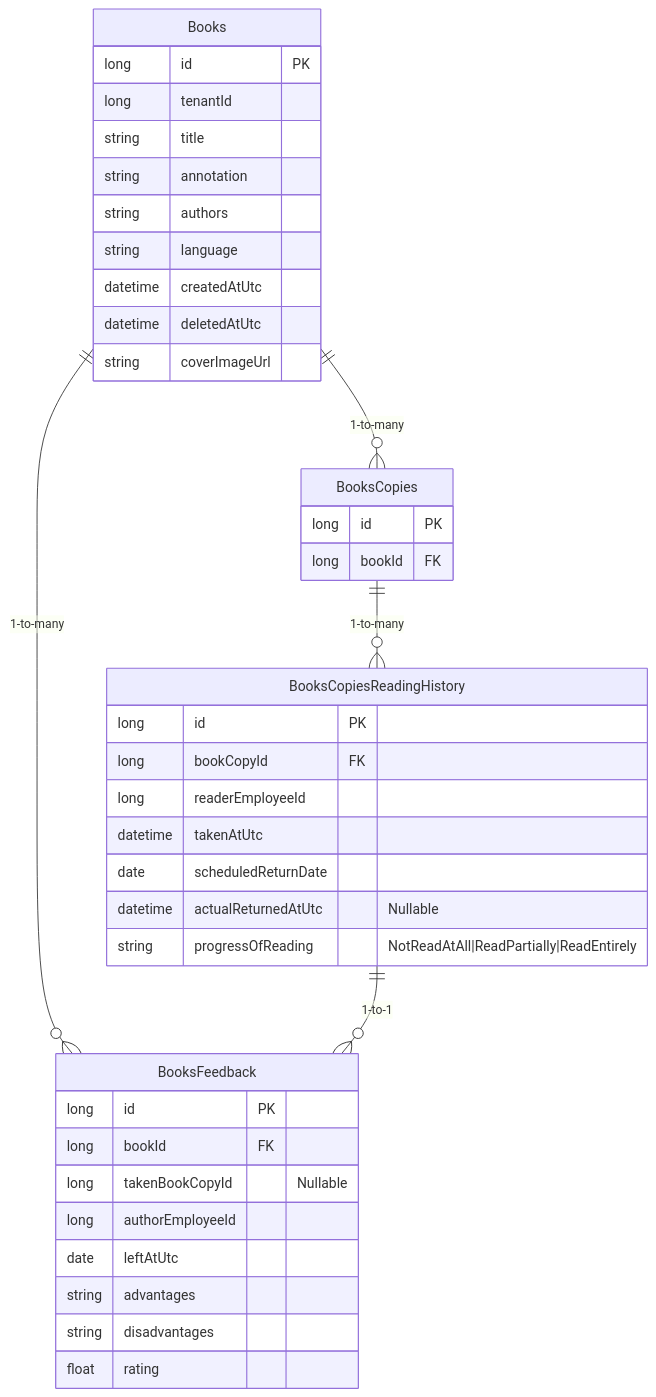
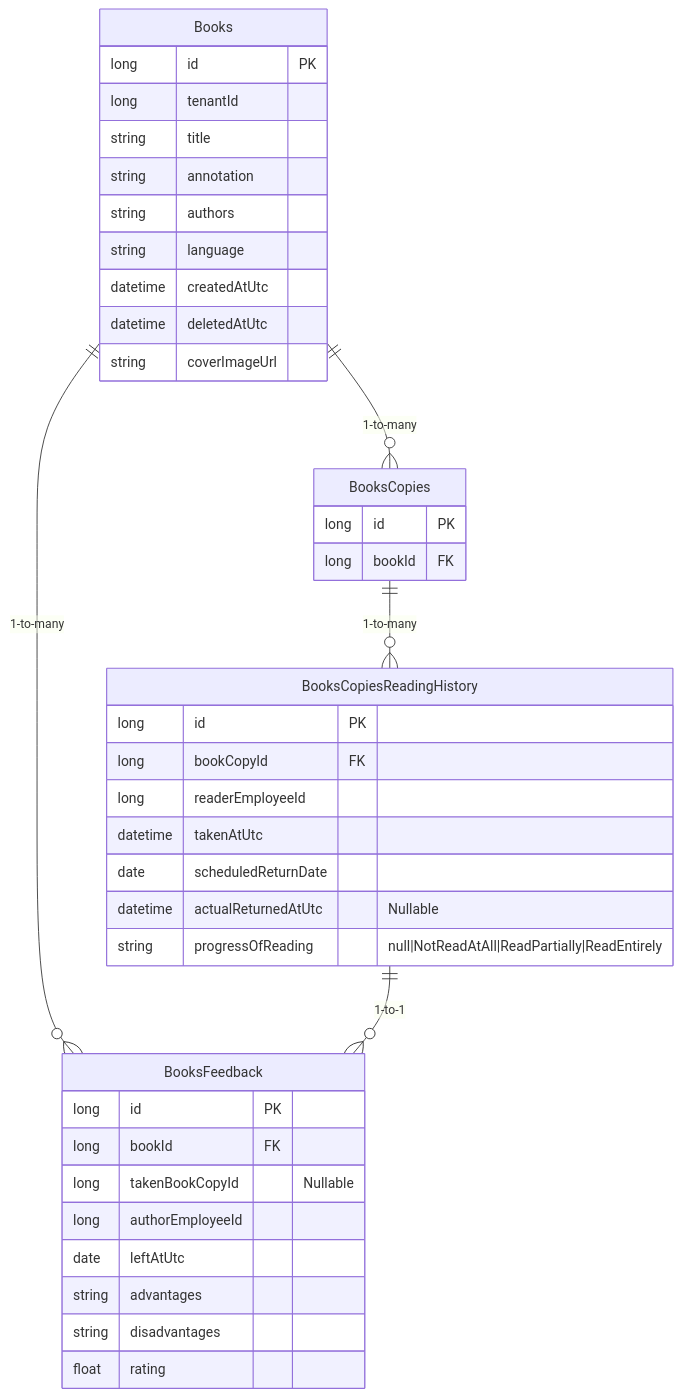
Before and after one commit to TourmalineCore/inner-circle-documentation: the fourth of 5 diagrams in books-api/Book Copies ADR.md, drawn with Mermaid.

Commit message:
chore: add for progressOfReading null value

````diff
--- a/books-api/Book Copies ADR.md
+++ b/books-api/Book Copies ADR.md
@@ -119,41 +119,41 @@
 ```mermaid
 erDiagram
     Books ||--o{ BooksCopies : "1-to-many"
     Books ||--o{ BooksFeedback : "1-to-many"
     BooksCopies ||--o{ BooksCopiesReadingHistory : "1-to-many"
     BooksCopiesReadingHistory ||--o{ BooksFeedback : "1-to-1"
     Books {
         long id PK
         long tenantId
         string title
         string annotation
         string authors
         string language
         datetime createdAtUtc
         datetime deletedAtUtc
         string coverImageUrl
     }
     BooksCopies {
         long id PK
         long bookId FK
     }
     BooksCopiesReadingHistory {
         long id PK
         long bookCopyId FK
         long readerEmployeeId
         datetime takenAtUtc
         date sсheduledReturnDate
         datetime actualReturnedAtUtc "Nullable"
-        string progressOfReading "NotReadAtAll|ReadPartially|ReadEntirely"
+        string progressOfReading "null|NotReadAtAll|ReadPartially|ReadEntirely"
     }
     BooksFeedback {
         long id PK
         long bookId FK
         long takenBookCopyId "Nullable"
         long authorEmployeeId
         date leftAtUtc
         string advantages
         string disadvantages
         float rating
     }
 ```
````
